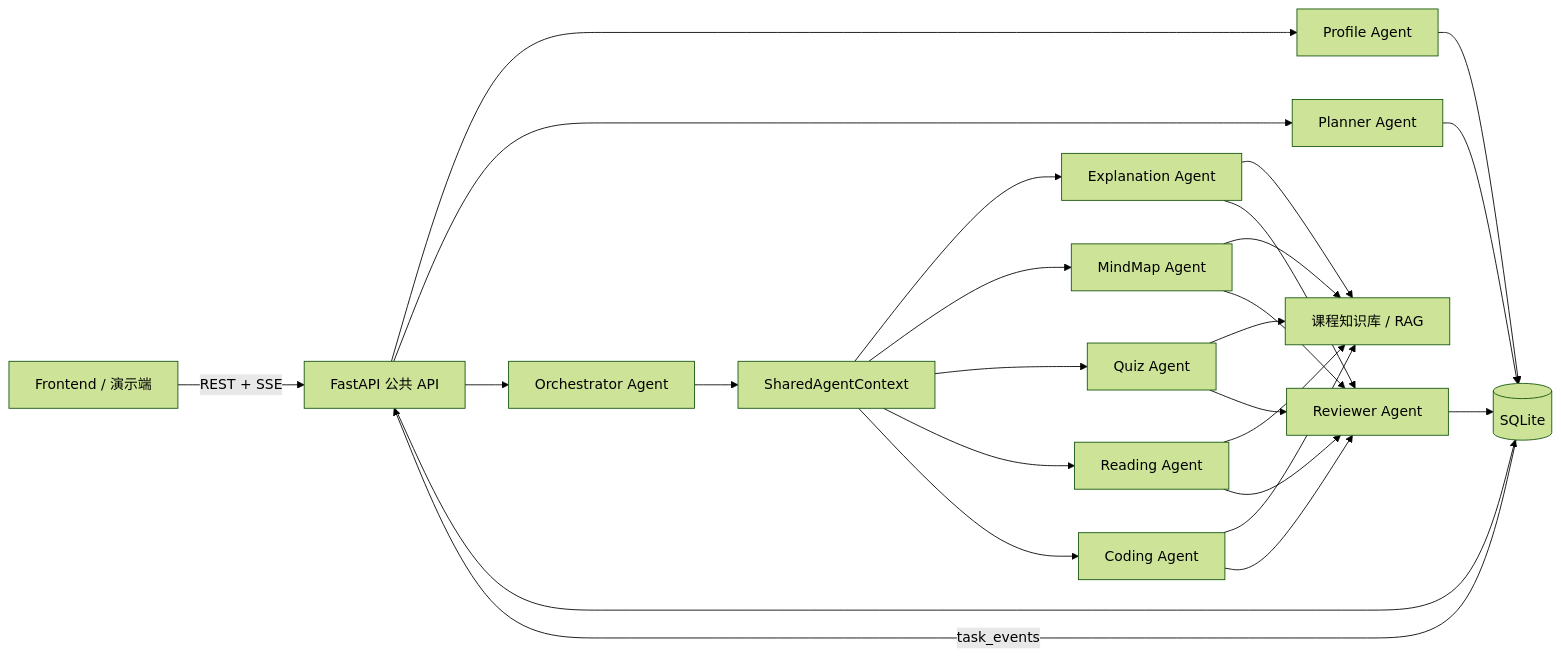
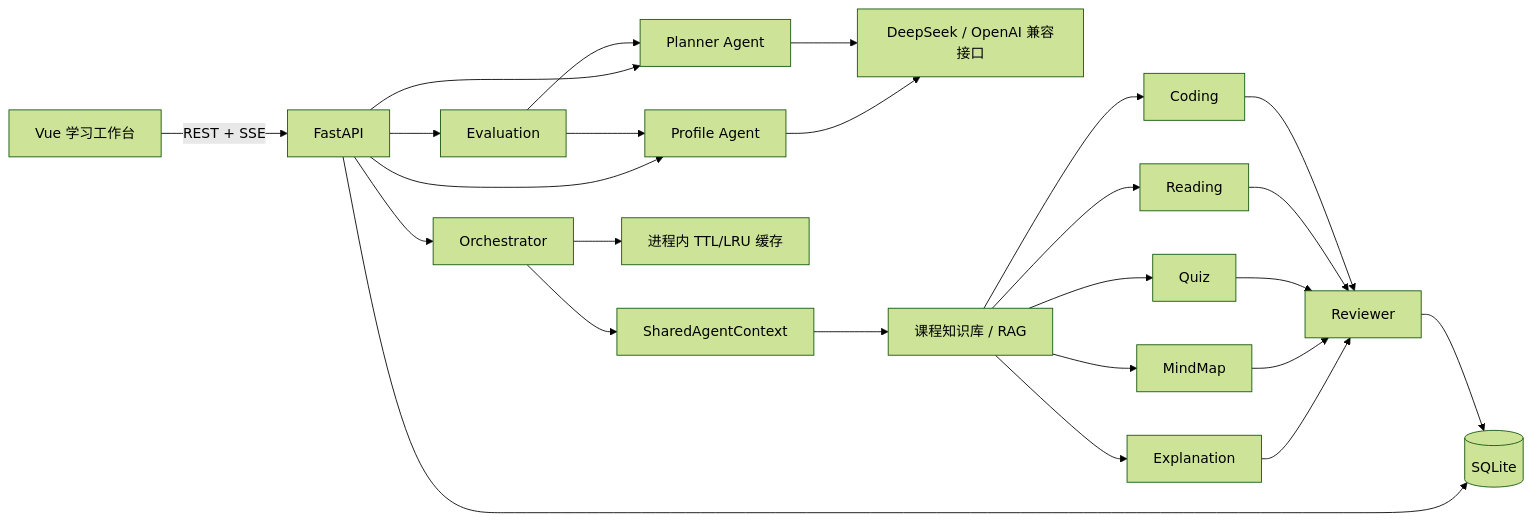
The first of 2 diagrams in docs/architecture.md (xxxdonk/edu-agent), drawn with Mermaid (forest theme) before and after one commit. The commit also changed other lines of this file and 53 other files, not shown here.

````diff
--- a/docs/architecture.md
+++ b/docs/architecture.md
@@ -17,31 +19,31 @@
 ```mermaid
 flowchart LR
-    UI["Frontend / 演示端"] -->|"REST + SSE"| API["FastAPI 公共 API"]
-    API --> PA["Profile Agent"]
-    API --> PLA["Planner Agent"]
-    API --> ORC["Orchestrator Agent"]
+    UI["Vue 学习工作台"] -->|"REST + SSE"| API["FastAPI"]
+    API --> PROFILE["Profile Agent"]
+    API --> PLANNER["Planner Agent"]
+    API --> ORCHESTRATOR["Orchestrator"]
     API --> DB[("SQLite")]
 
-    PA --> DB
-    PLA --> DB
-    ORC --> SHARED["SharedAgentContext"]
-    SHARED --> EA["Explanation Agent"]
-    SHARED --> MA["MindMap Agent"]
-    SHARED --> QA["Quiz Agent"]
-    SHARED --> RA["Reading Agent"]
-    SHARED --> CA["Coding Agent"]
+    PROFILE --> LLM["DeepSeek / OpenAI 兼容接口"]
+    PLANNER --> LLM
+    ORCHESTRATOR --> CACHE["进程内 TTL/LRU 缓存"]
+    ORCHESTRATOR --> CONTEXT["SharedAgentContext"]
 
-    EA --> RAG["课程知识库 / RAG"]
-    MA --> RAG
-    QA --> RAG
-    RA --> RAG
-    CA --> RAG
+    CONTEXT --> RAG["课程知识库 / RAG"]
+    RAG --> EXPLANATION["Explanation"]
+    RAG --> MINDMAP["MindMap"]
+    RAG --> QUIZ["Quiz"]
+    RAG --> READING["Reading"]
+    RAG --> CODING["Coding"]
 
-    EA --> REVIEW["Reviewer Agent"]
-    MA --> REVIEW
-    QA --> REVIEW
-    RA --> REVIEW
-    CA --> REVIEW
-    REVIEW --> DB
-    DB -->|"task_events"| API
+    EXPLANATION --> REVIEWER["Reviewer"]
+    MINDMAP --> REVIEWER
+    QUIZ --> REVIEWER
+    READING --> REVIEWER
+    CODING --> REVIEWER
+    REVIEWER --> DB
+
+    API --> EVALUATION["Evaluation"]
+    EVALUATION --> PROFILE
+    EVALUATION --> PLANNER
 ```
````
